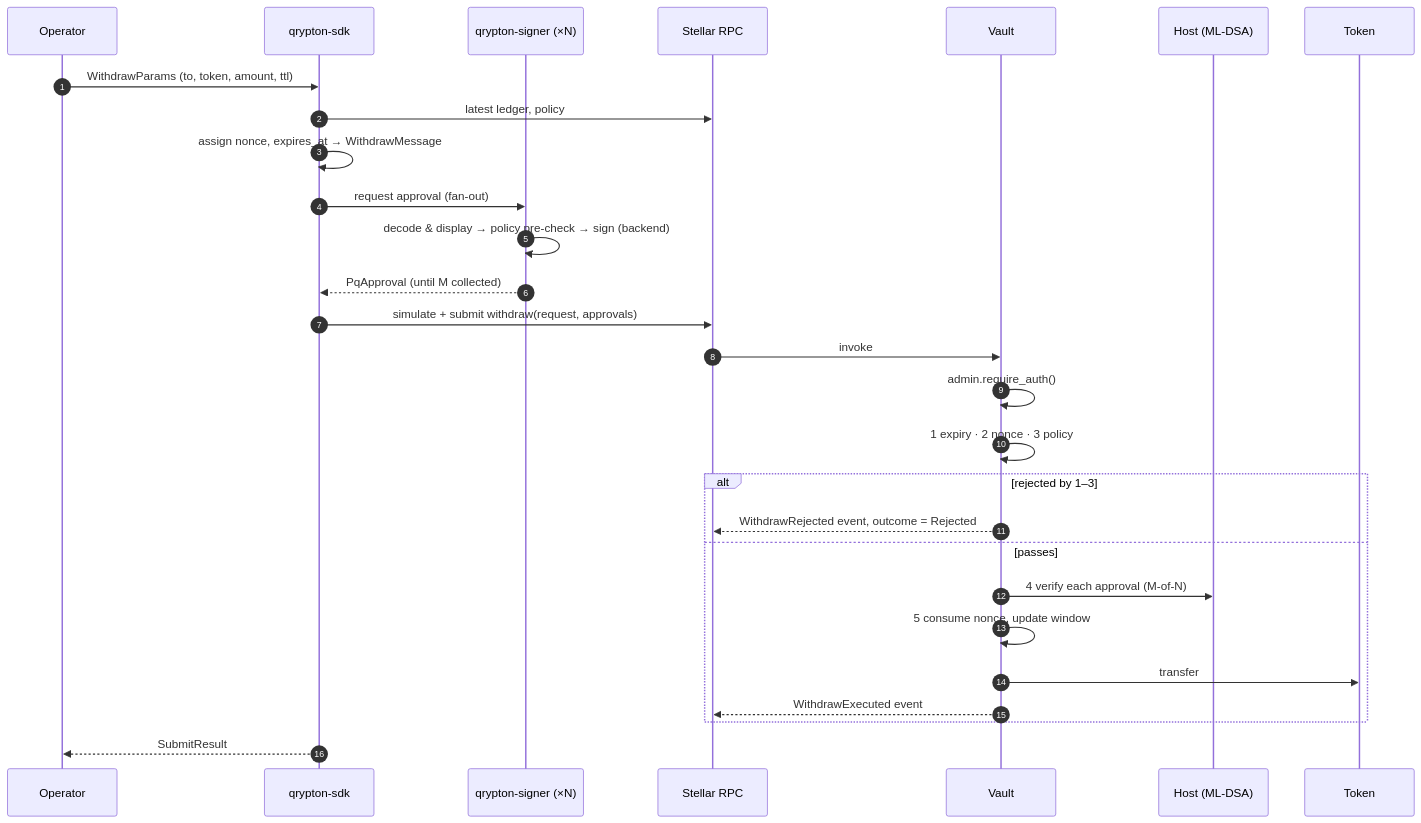
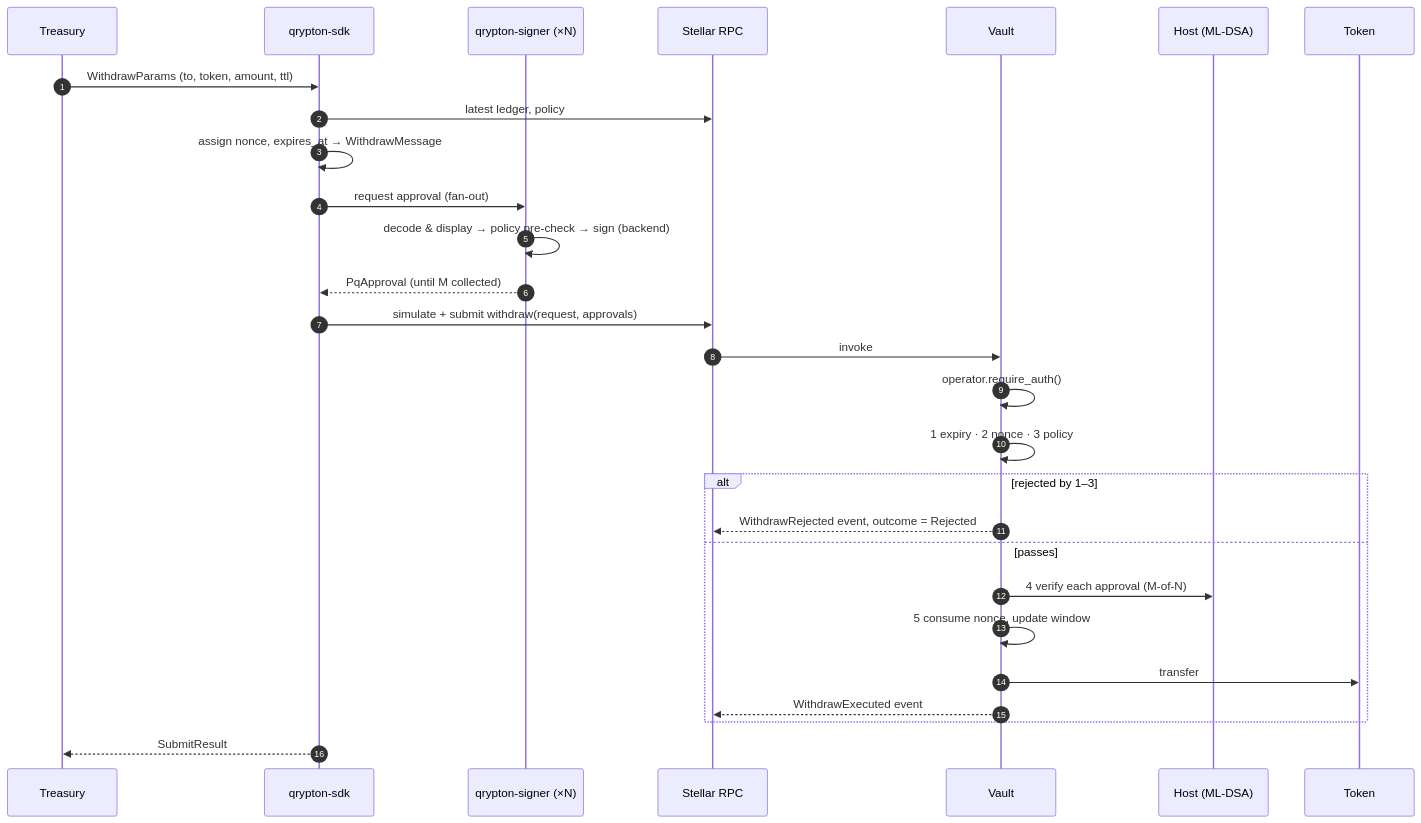
The second of 3 diagrams in docs/architecture.md (osdeniz/qrypton-vault), drawn with Mermaid before and after one commit. The commit also changed other lines of this file and 6 other files, not shown here.

Commit message:
refactor: rename the vault's classical admin to operator

````diff
--- a/docs/architecture.md
+++ b/docs/architecture.md
@@ -80,31 +80,31 @@
 ```mermaid
 sequenceDiagram
     autonumber
-    participant Op as Operator
+    participant Op as Treasury
     participant SDK as qrypton-sdk
     participant S as qrypton-signer (×N)
     participant RPC as Stellar RPC
     participant V as Vault
     participant H as Host (ML-DSA)
     participant T as Token
 
     Op->>SDK: WithdrawParams (to, token, amount, ttl)
     SDK->>RPC: latest ledger, policy
     SDK->>SDK: assign nonce, expires_at → WithdrawMessage
     SDK->>S: request approval (fan-out)
     S->>S: decode & display → policy pre-check → sign (backend)
     S-->>SDK: PqApproval (until M collected)
     SDK->>RPC: simulate + submit withdraw(request, approvals)
     RPC->>V: invoke
-    V->>V: admin.require_auth()
+    V->>V: operator.require_auth()
     V->>V: 1 expiry · 2 nonce · 3 policy
     alt rejected by 1–3
         V-->>RPC: WithdrawRejected event, outcome = Rejected
     else passes
         V->>H: 4 verify each approval (M-of-N)
         V->>V: 5 consume nonce, update window
         V->>T: transfer
         V-->>RPC: WithdrawExecuted event
     end
     SDK-->>Op: SubmitResult
 ```
````
